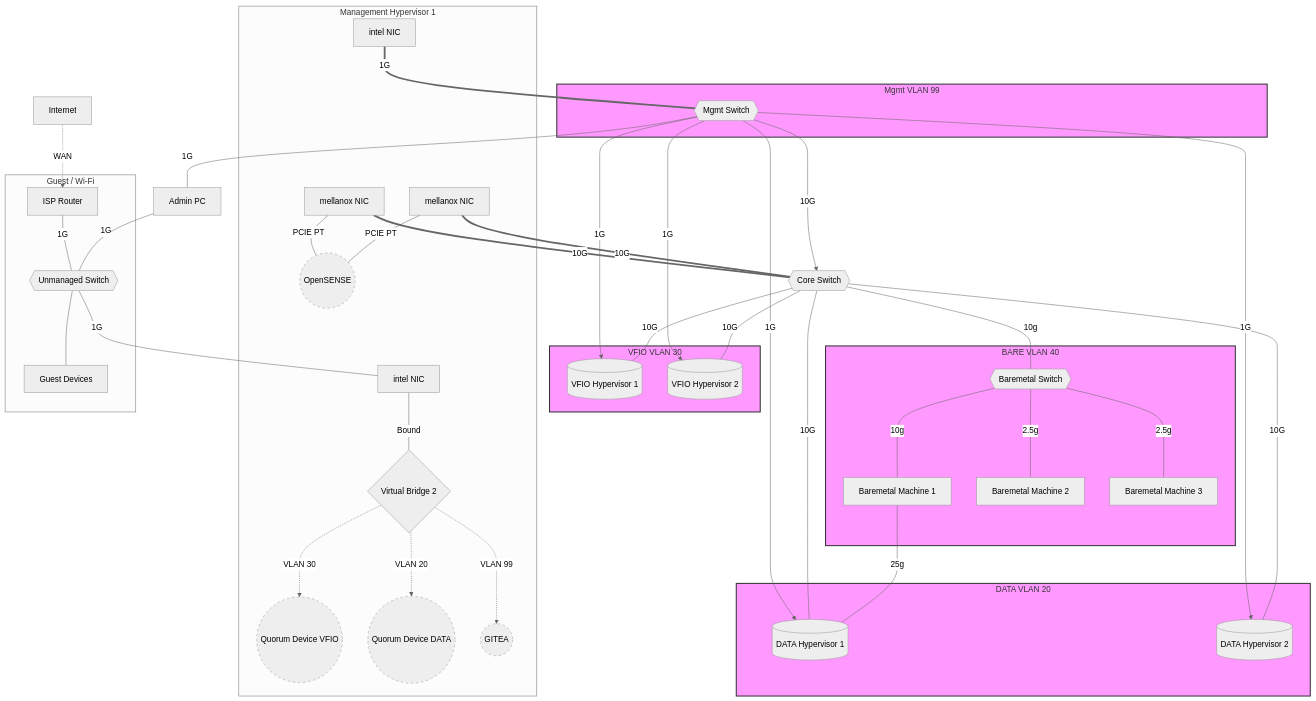
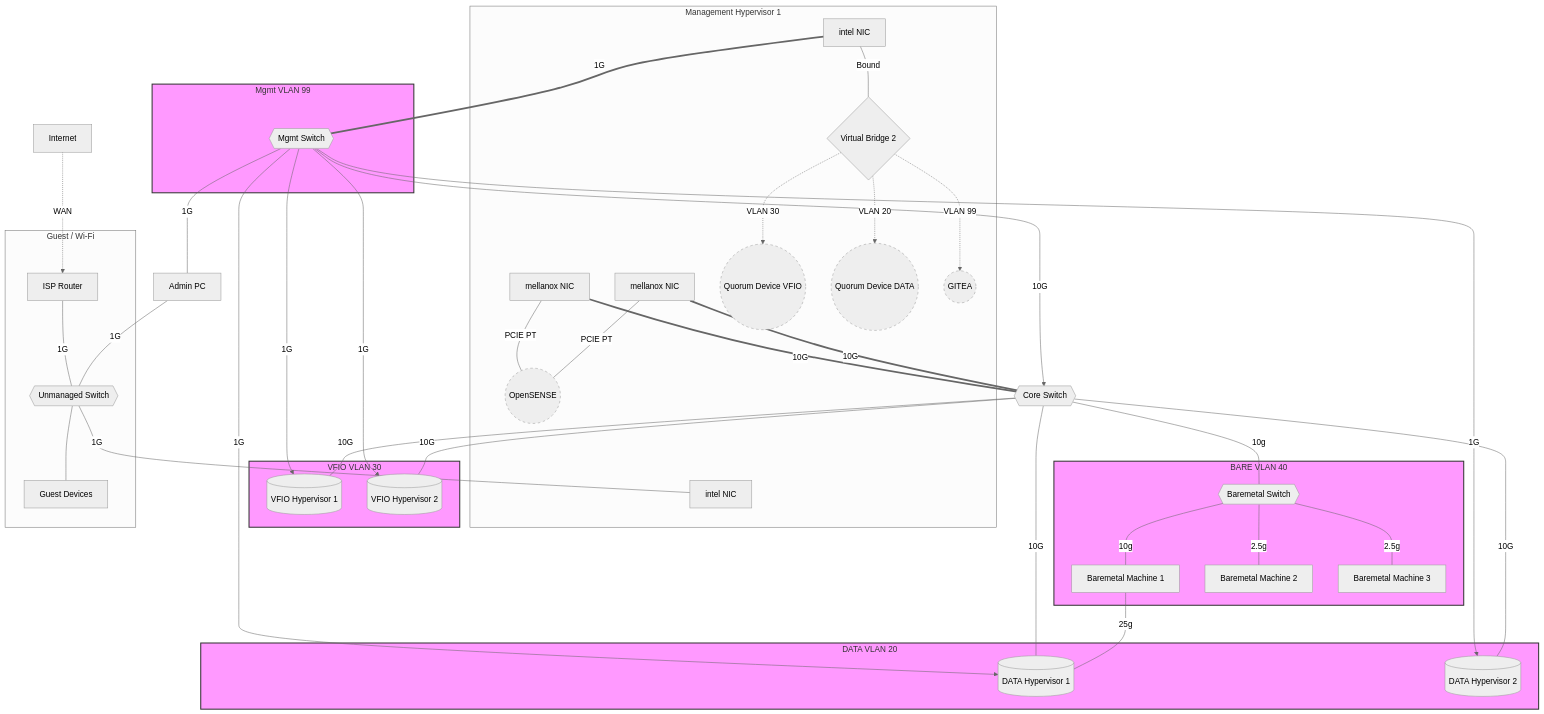
One commit to woeiru/lab changed the diagram in alp/netop.md. Above: the diagram before and after it, drawn with Mermaid (neutral theme).

Commit message:
standard

````diff
--- a/alp/netop.md
+++ b/alp/netop.md
@@ -3,78 +3,78 @@
 ```mermaid
 graph TD
     subgraph MH1[Management Hypervisor 1]
         MH1NIC1[intel NIC]
         MH1NIC2[intel NIC]
         MH1NIC3[mellanox NIC]
         MH1NIC4[mellanox NIC]
         MH1NIC3 ---|"PCIE PT"| OPN
         MH1NIC4 ---|"PCIE PT"| OPN
         VB2{Virtual Bridge 2}
-        MH1NIC1 ---|"Bound"| VB2
+        MH1NIC2 ---|"Bound"| VB2
         OPN((OpenSENSE))
         QDV((Quorum Device VFIO))
         QDD((Quorum Device DATA))
         GIT((GITEA))
     end
 
     INT[Internet] -.-> |WAN| ISPR[ISP Router]
     ISPR --- |"1G"| US{{Unmanaged Switch}}
     US --- GD[Guest Devices]
     US ---|1G| MH1NIC1
 
     MS{{Mgmt Switch}} ---|"1G"| APC[Admin PC]
     APC ---|"1G"| US
 
     MH1NIC2 ===|"1G"| MS
     MH1NIC3 ===|"10G"| CS{{Core Switch}}
     MH1NIC4 ===|"10G"| CS{{Core Switch}}
 
     MS --->|"10G"| CS
     MS --->|"1G"| DH1
     MS --->|"1G"| DH2
     MS --->|"1G"| VH1
     MS --->|"1G"| VH2
 
     CS ---|"10G"| DH1[(DATA Hypervisor 1)]
     CS ---|"10G"| DH2[(DATA Hypervisor 2)]
     CS ---|"10G"| VH1[(VFIO Hypervisor 1)]
     CS ---|"10G"| VH2[(VFIO Hypervisor 2)]
 
     CS ---|"10g"| BMS{{Baremetal Switch}}
     BMS ---|"10g"| BM1[Baremetal Machine 1]
     BM1 ---|"25g"| DH1
     BMS ---|"2.5g"| BM2[Baremetal Machine 2]
     BMS ---|"2.5g"| BM3[Baremetal Machine 3]
 
     subgraph VLAN20 [DATA VLAN 20]
         DH1
         DH2
     end
     subgraph VLAN30 [VFIO VLAN 30]
         VH1
         VH2
     end
     subgraph VLAN40 [BARE VLAN 40]
         BMS
         BM1 
         BM2 
         BM3 
     end
     subgraph VLAN99 [Mgmt VLAN 99]
         MS
     end
     subgraph Guest [Guest / Wi-Fi]
         ISPR
         GD
         US
     end
 
     VB2 -.->|VLAN 20| QDD
     VB2 -.->|VLAN 30| QDV
     VB2 -.->|VLAN 99| GIT
 
     classDef punctuated stroke-dasharray: 5 5;
     class GIT,QDV,QDD,OPN punctuated;
     classDef vlan fill:#f9f,stroke:#333,stroke-width:2px;
     class VLAN20,VLAN30,VLAN40,VLAN99 vlan;
 ```
````
